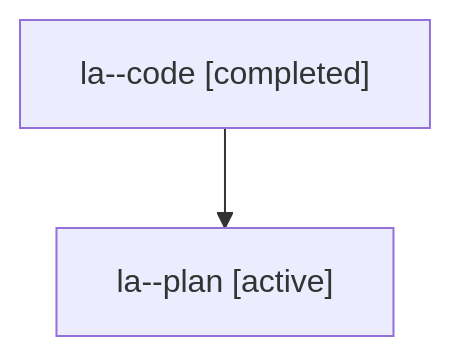
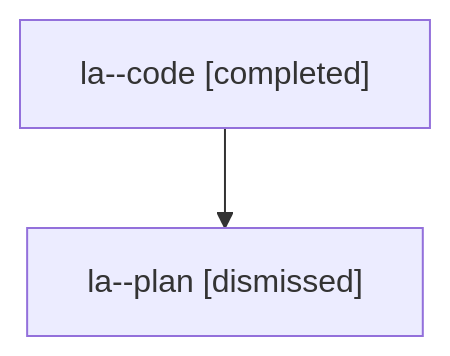
One commit to sase-org/sase--agents changed the diagram in sessions/bbugyi200.athena.la.md. Above: the diagram before and after it, drawn with Mermaid. The commit also changed other lines of this file and 35 other files, not shown here.

````diff
--- a/sessions/bbugyi200.athena.la.md
+++ b/sessions/bbugyi200.athena.la.md
@@ -9,6 +9,6 @@
 ```mermaid
 flowchart TD
   n0["la--code [completed]"]
-  n1["la--plan [active]"]
+  n1["la--plan [dismissed]"]
   n0 --> n1
 ```
````
